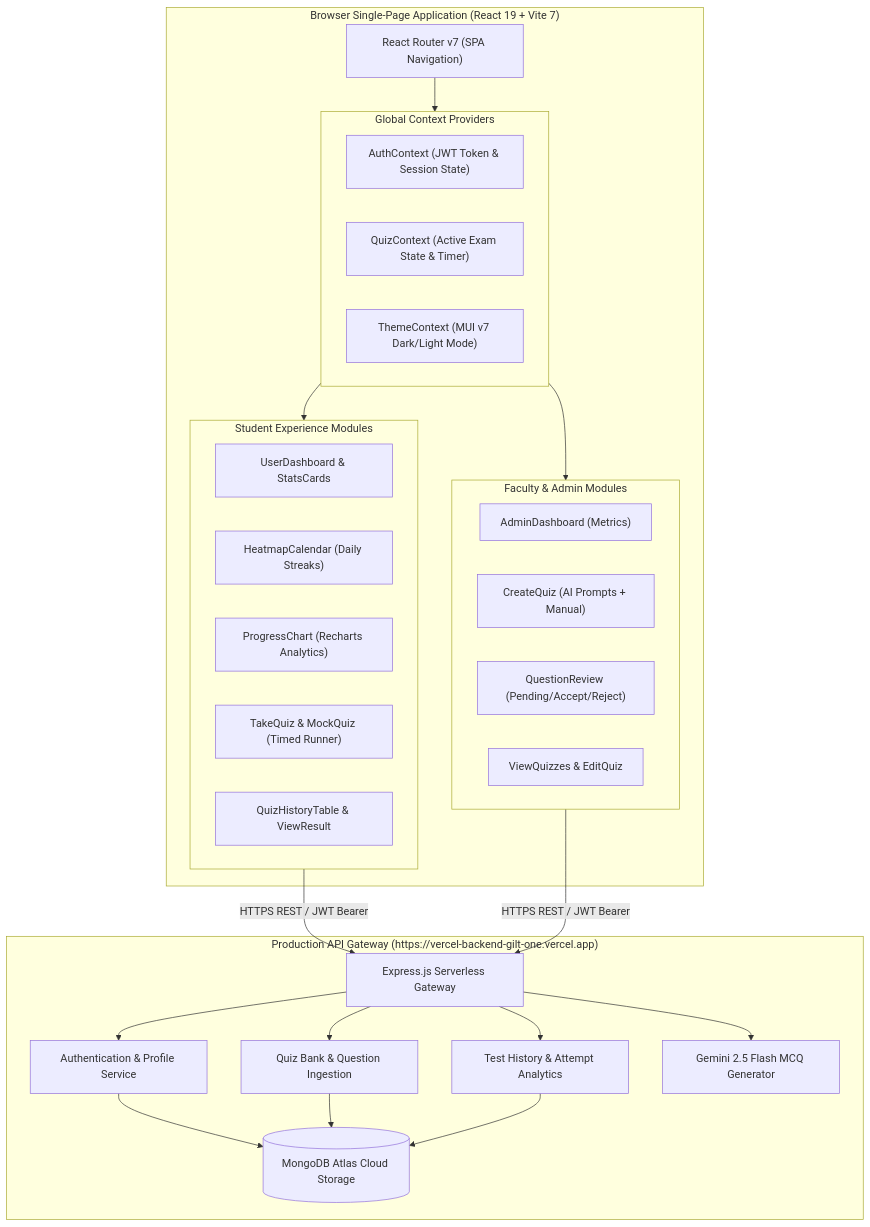
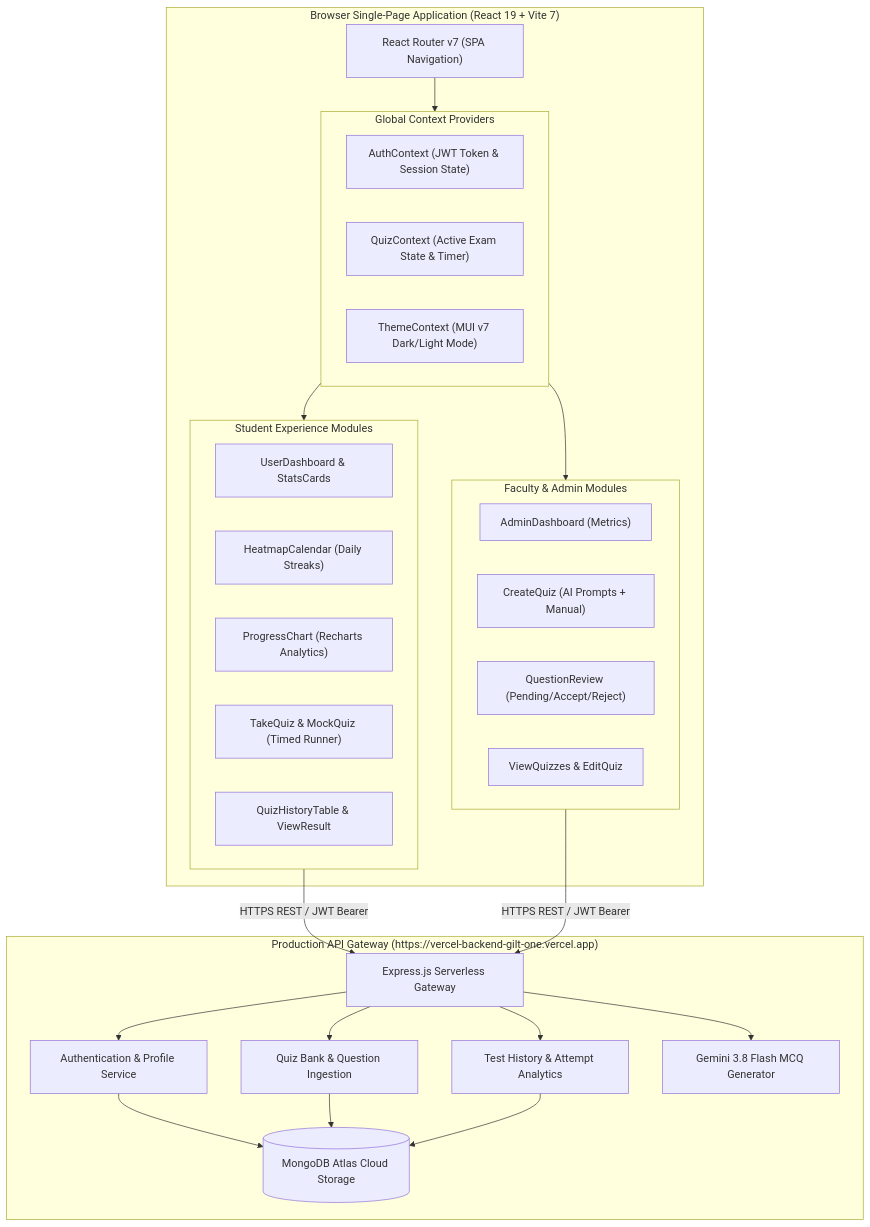
Before and after one commit to dhrub4545/mcq-main-frontend: the first of 2 diagrams in README.md, drawn with Mermaid. The commit also changed other lines of this file and 1 other file, not shown here.

Commit message:
feat(ai): upgrade to latest Google frontier models (Gemini 4 Argon & Gemini 3.8 Flash)

````diff
--- a/README.md
+++ b/README.md
@@ -82,52 +82,52 @@
 ```mermaid
 flowchart TD
     subgraph BrowserClient["Browser Single-Page Application (React 19 + Vite 7)"]
         Router["React Router v7 (SPA Navigation)"]
         
         subgraph Providers["Global Context Providers"]
             AuthCtx["AuthContext (JWT Token & Session State)"]
             QuizCtx["QuizContext (Active Exam State & Timer)"]
             ThemeCtx["ThemeContext (MUI v7 Dark/Light Mode)"]
         end
 
         subgraph StudentPortal["Student Experience Modules"]
             Dashboard["UserDashboard & StatsCards"]
             Heatmap["HeatmapCalendar (Daily Streaks)"]
             Chart["ProgressChart (Recharts Analytics)"]
             ActiveExam["TakeQuiz & MockQuiz (Timed Runner)"]
             HistTable["QuizHistoryTable & ViewResult"]
         end
 
         subgraph FacultyPortal["Faculty & Admin Modules"]
             AdminDash["AdminDashboard (Metrics)"]
             QuizCreator["CreateQuiz (AI Prompts + Manual)"]
             Reviewer["QuestionReview (Pending/Accept/Reject)"]
             QuizManager["ViewQuizzes & EditQuiz"]
         end
     end
 
     subgraph CloudBackend["Production API Gateway (https://vercel-backend-gilt-one.vercel.app)"]
         BackendVercel["Express.js Serverless Gateway"]
         AuthService["Authentication & Profile Service"]
         QuizService["Quiz Bank & Question Ingestion"]
         HistoryService["Test History & Attempt Analytics"]
-        AIService["Gemini 2.5 Flash MCQ Generator"]
+        AIService["Gemini 3.8 Flash MCQ Generator"]
         Database[("MongoDB Atlas Cloud Storage")]
     end
 
     Router --> Providers
     Providers --> StudentPortal
     Providers --> FacultyPortal
 
     StudentPortal -->|"HTTPS REST / JWT Bearer"| BackendVercel
     FacultyPortal -->|"HTTPS REST / JWT Bearer"| BackendVercel
 
     BackendVercel --> AuthService
     BackendVercel --> QuizService
     BackendVercel --> HistoryService
     BackendVercel --> AIService
     
     AuthService --> Database
     QuizService --> Database
     HistoryService --> Database
 ```
````
